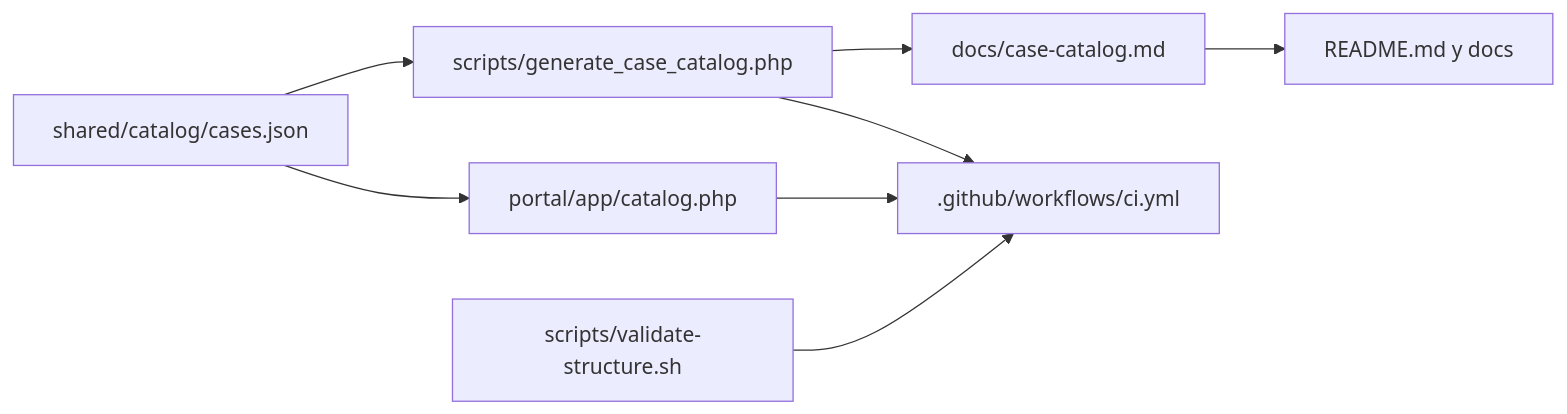
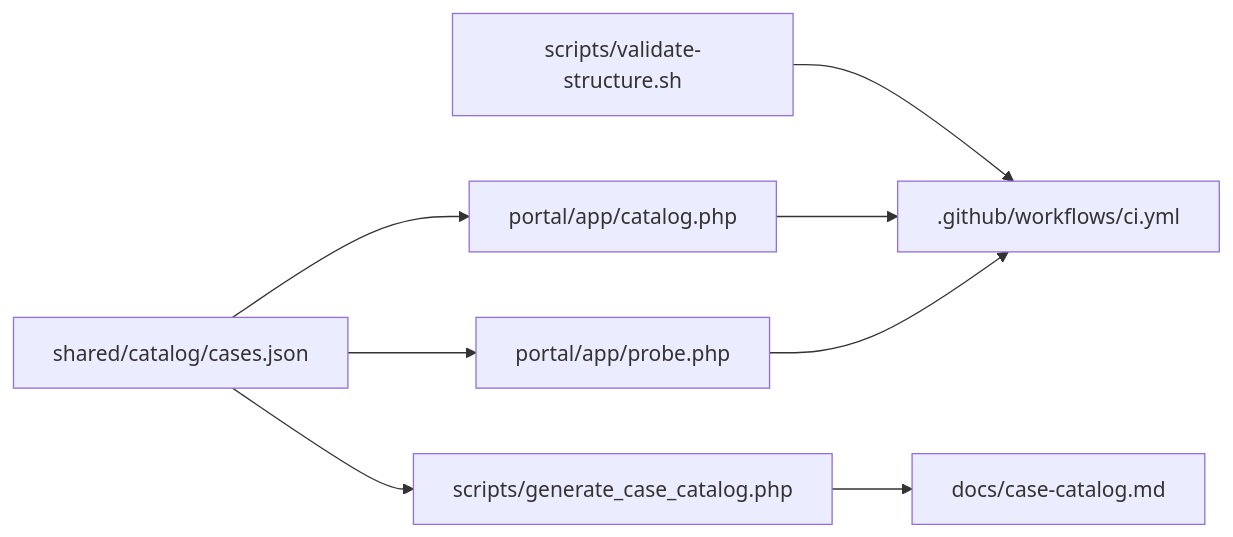
The diagram in docs/architecture.md (vladimiracunadev-create/problem-driven-systems-lab), drawn with Mermaid before and after one commit. The commit also changed other lines of this file and 20 other files, not shown here.

````diff
--- a/docs/architecture.md
+++ b/docs/architecture.md
@@ -62,10 +63,10 @@
 ```mermaid
 flowchart LR
     A["shared/catalog/cases.json"] --> B["portal/app/catalog.php"]
-    A --> C["scripts/generate_case_catalog.php"]
-    C --> D["docs/case-catalog.md"]
-    D --> E["README.md y docs"]
+    A --> C["portal/app/probe.php"]
+    A --> D["scripts/generate_case_catalog.php"]
+    D --> E["docs/case-catalog.md"]
     F["scripts/validate-structure.sh"] --> G[".github/workflows/ci.yml"]
     B --> G
     C --> G
 ```
````
